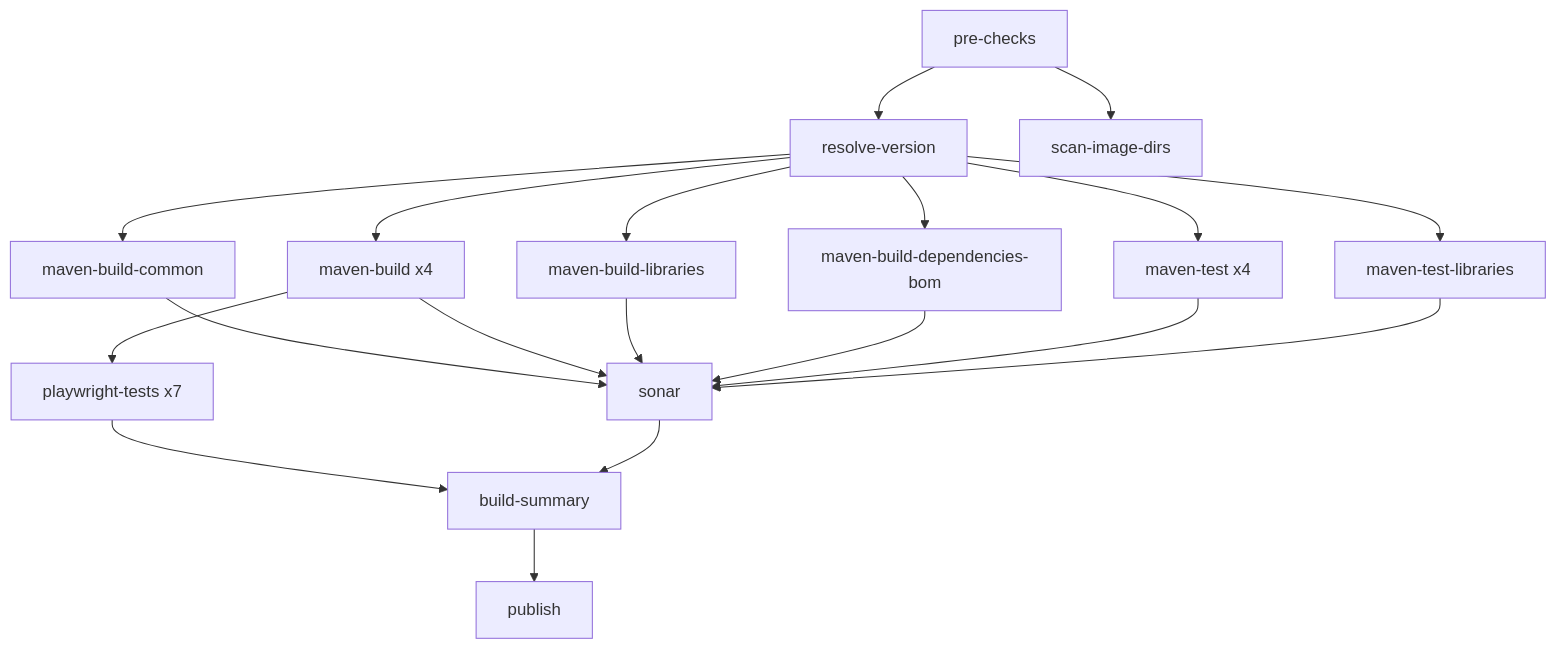
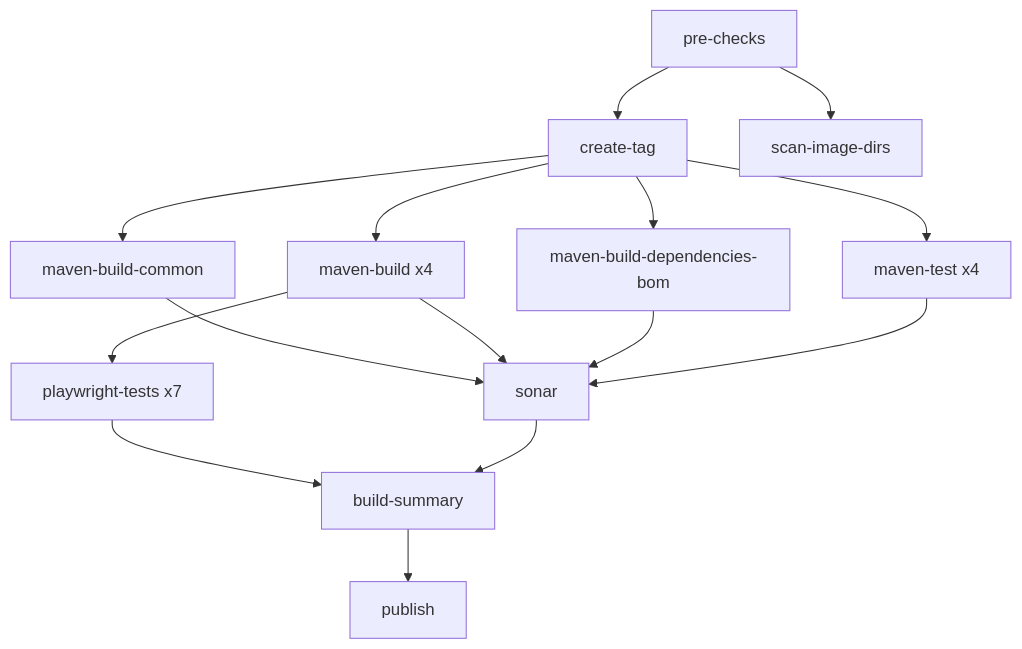
The diagram in docs/ci/parallel-pipeline-poc.md (Activiti/activiti-cloud), drawn with Mermaid before and after one commit. The commit also changed other lines of this file and 10 other files, not shown here.

````diff
--- a/docs/ci/parallel-pipeline-poc.md
+++ b/docs/ci/parallel-pipeline-poc.md
@@ -16,21 +16,17 @@
 ```mermaid
 flowchart TD
-  PC[pre-checks] --> RV[resolve-version]
+  PC[pre-checks] --> CT[create-tag]
   PC --> SID[scan-image-dirs]
-  RV --> BC[maven-build-common]
-  RV --> MB[maven-build x4]
-  RV --> MBL[maven-build-libraries]
-  RV --> BOM[maven-build-dependencies-bom]
-  RV --> MT[maven-test x4]
-  RV --> MTL[maven-test-libraries]
+  CT --> BC[maven-build-common]
+  CT --> MB[maven-build x4]
+  CT --> BOM[maven-build-dependencies-bom]
+  CT --> MT[maven-test x4]
   MB --> PT[playwright-tests x7]
   BC --> SN[sonar]
   MB --> SN
-  MBL --> SN
   BOM --> SN
   MT --> SN
-  MTL --> SN
   PT --> BS[build-summary]
   SN --> BS
   BS --> PUB[publish]
 ```
````
